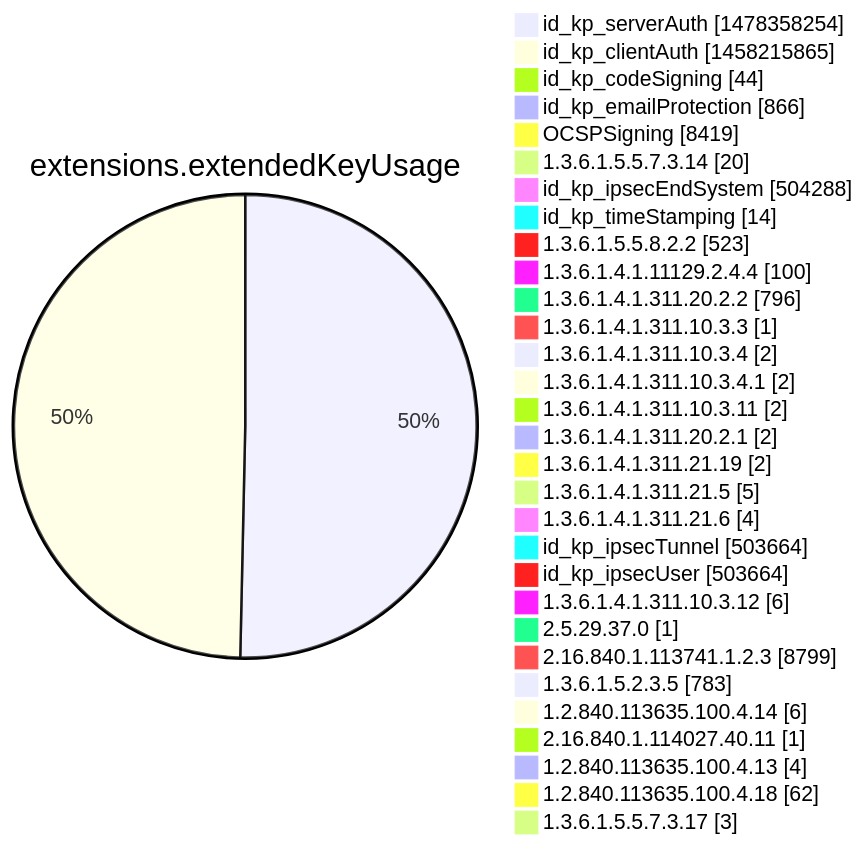
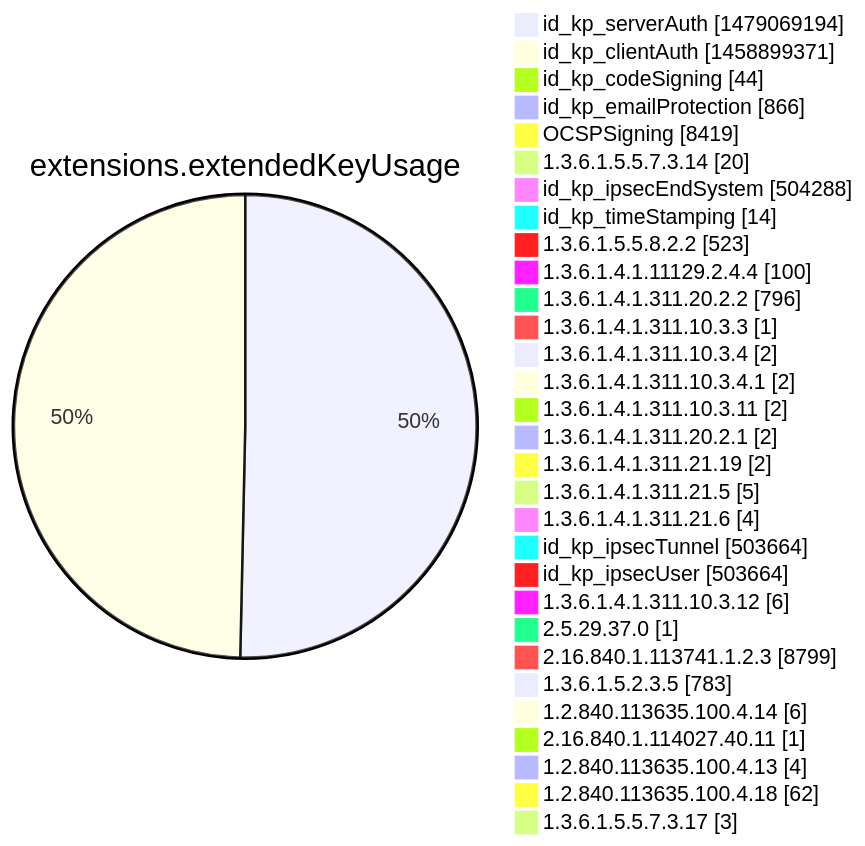
Before and after one commit to christiankrug/ctmonitor_visualization: diagram 12 of 15 in argon2022/README.md, drawn with Mermaid. The commit also changed other lines of this file, not shown here.

````diff
--- a/argon2022/README.md
+++ b/argon2022/README.md
@@ -3555,34 +3555,34 @@
 ```mermaid
 pie showData
 title extensions.extendedKeyUsage
-"id_kp_serverAuth" :1478358254
-"id_kp_clientAuth" :1458215865
+"id_kp_serverAuth" :1479069194
+"id_kp_clientAuth" :1458899371
 "id_kp_codeSigning" :44
 "id_kp_emailProtection" :866
 "OCSPSigning" :8419
 "1.3.6.1.5.5.7.3.14" :20
 "id_kp_ipsecEndSystem" :504288
 "id_kp_timeStamping" :14
 "1.3.6.1.5.5.8.2.2" :523
 "1.3.6.1.4.1.11129.2.4.4" :100
 "1.3.6.1.4.1.311.20.2.2" :796
 "1.3.6.1.4.1.311.10.3.3" :1
 "1.3.6.1.4.1.311.10.3.4" :2
 "1.3.6.1.4.1.311.10.3.4.1" :2
 "1.3.6.1.4.1.311.10.3.11" :2
 "1.3.6.1.4.1.311.20.2.1" :2
 "1.3.6.1.4.1.311.21.19" :2
 "1.3.6.1.4.1.311.21.5" :5
 "1.3.6.1.4.1.311.21.6" :4
 "id_kp_ipsecTunnel" :503664
 "id_kp_ipsecUser" :503664
 "1.3.6.1.4.1.311.10.3.12" :6
 "2.5.29.37.0" :1
 "2.16.840.1.113741.1.2.3" :8799
 "1.3.6.1.5.2.3.5" :783
 "1.2.840.113635.100.4.14" :6
 "2.16.840.1.114027.40.11" :1
 "1.2.840.113635.100.4.13" :4
 "1.2.840.113635.100.4.18" :62
 "1.3.6.1.5.5.7.3.17" :3
 ```
````
